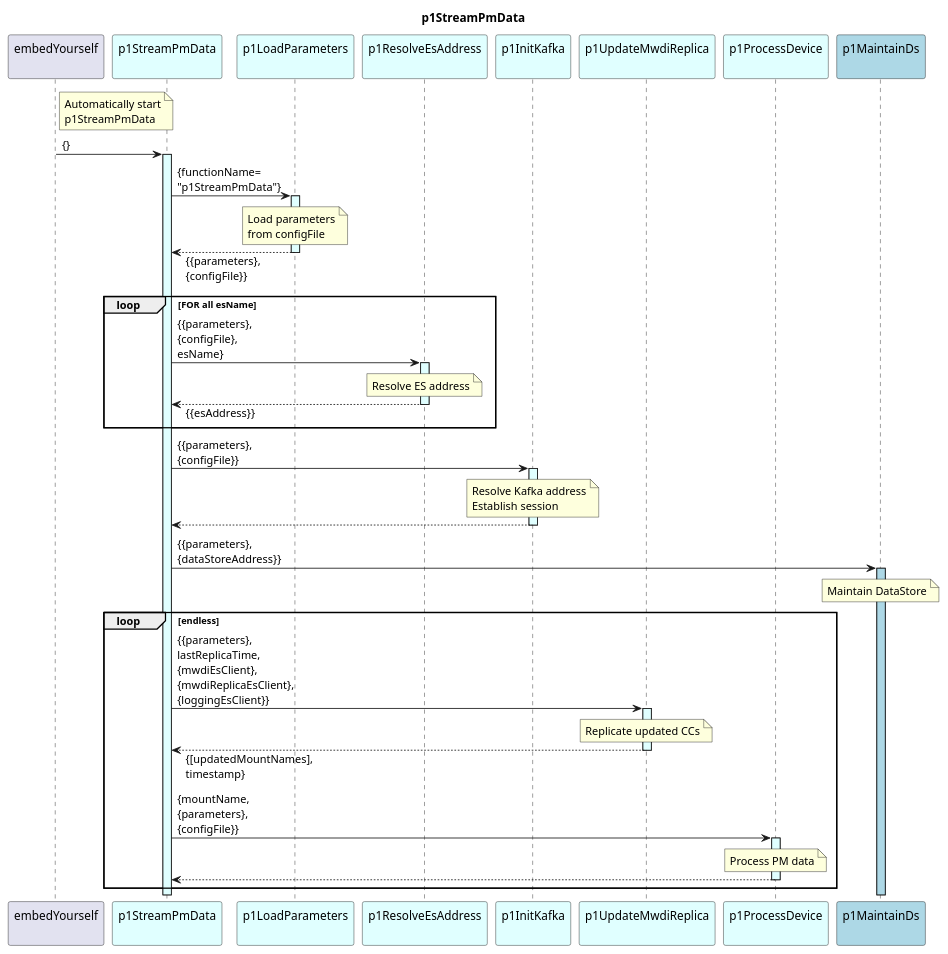
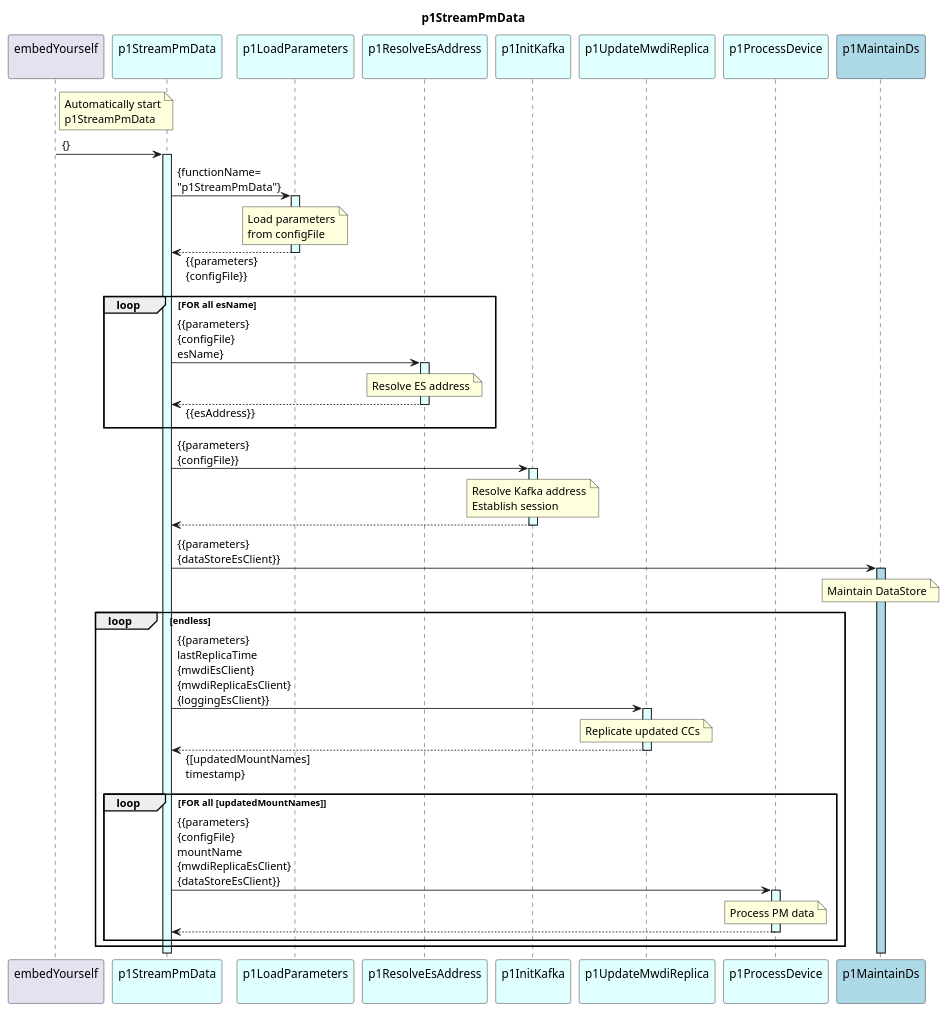
One commit to openBackhaul/DevicePerformanceManagementDataProcessor changed the diagram in spec/Functions/specificFunctions/p1StreamPmData/1.0.0/p1StreamPmData.plantuml. Above: the diagram before and after it, drawn with PlantUML. The commit also changed 14 other files, not shown here.

```diff
--- a/spec/Functions/specificFunctions/p1StreamPmData/1.0.0/p1StreamPmData.plantuml
+++ b/spec/Functions/specificFunctions/p1StreamPmData/1.0.0/p1StreamPmData.plantuml
@@ -1,80 +1,82 @@
 @startuml p1StreamPmData
 skinparam responseMessageBelowArrow true
 
 title
   p1StreamPmData
 end title
 
 participant "embedYourself\n" as embed
 participant "p1StreamPmData\n" as p1RMWDI #LightCyan
 participant "p1LoadParameters\n" as p1LP #LightCyan
 participant "p1ResolveEsAddress\n" as p1REA #LightCyan
 participant "p1InitKafka\n" as p1InitKafka #LightCyan
 participant "p1UpdateMwdiReplica\n" as p1UMR #LightCyan
 participant "p1ProcessDevice\n" as p1ProcessPm #LightCyan
 participant "p1MaintainDs\n" as p1MDS #LightBlue
 
 note right embed
   Automatically start
   p1StreamPmData
 end note
 embed -> p1RMWDI : {}
 activate p1RMWDI #LightCyan
 
   p1RMWDI -> p1LP : {functionName=\n"p1StreamPmData"}
   activate p1LP #LightCyan
     note over p1LP
       Load parameters
       from configFile
     end note
-  p1RMWDI <-- p1LP : {{parameters},\n{configFile}}
+  p1RMWDI <-- p1LP : {{parameters}\n{configFile}}
   deactivate p1LP
 
   Loop FOR all esName
-    p1RMWDI -> p1REA : {{parameters},\n{configFile},\nesName}
+    p1RMWDI -> p1REA : {{parameters}\n{configFile}\nesName}
     activate p1REA #LightCyan
       note over p1REA
         Resolve ES address
       end note
     p1RMWDI <-- p1REA : {{esAddress}}
     deactivate p1REA
   end Loop
 
-    p1RMWDI -> p1InitKafka : {{parameters},\n{configFile}}
+    p1RMWDI -> p1InitKafka : {{parameters}\n{configFile}}
     activate p1InitKafka #LightCyan
 
       note over p1InitKafka
         Resolve Kafka address
         Establish session
       end note
 
     p1RMWDI <-- p1InitKafka
     deactivate p1InitKafka
 
-  p1RMWDI -> p1MDS : {{parameters},\n{dataStoreAddress}}
+  p1RMWDI -> p1MDS : {{parameters}\n{dataStoreEsClient}}
   activate p1MDS #LightBlue
     note over p1MDS
       Maintain DataStore
     end note
 
-  Loop endless
+  loop endless
 
-    p1RMWDI -> p1UMR : {{parameters},\nlastReplicaTime,\n{mwdiEsClient},\n{mwdiReplicaEsClient},\n{loggingEsClient}}
+    p1RMWDI -> p1UMR : {{parameters}\nlastReplicaTime\n{mwdiEsClient}\n{mwdiReplicaEsClient}\n{loggingEsClient}}
     activate p1UMR #LightCyan
       note over p1UMR
         Replicate updated CCs
       end note
-    p1RMWDI <-- p1UMR : {[updatedMountNames],\ntimestamp}
+    p1RMWDI <-- p1UMR : {[updatedMountNames]\ntimestamp}
     deactivate p1UMR
 
-    p1RMWDI -> p1ProcessPm : {mountName,\n{parameters},\n{configFile}}
-    activate p1ProcessPm #LightCyan
-      note over p1ProcessPm
-        Process PM data
-      end note
-    p1RMWDI <-- p1ProcessPm
-    deactivate p1ProcessPm
+    loop FOR all [updatedMountNames]
+      p1RMWDI -> p1ProcessPm : {{parameters}\n{configFile}\nmountName\n{mwdiReplicaEsClient}\n{dataStoreEsClient}}
+      activate p1ProcessPm #LightCyan
+        note over p1ProcessPm
+          Process PM data
+        end note
+      p1RMWDI <-- p1ProcessPm
+      deactivate p1ProcessPm
+    end loop
 
-  end Loop
+  end loop
 
 @enduml
```
